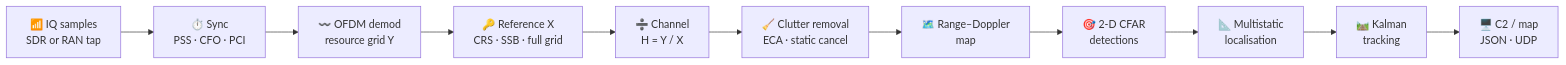
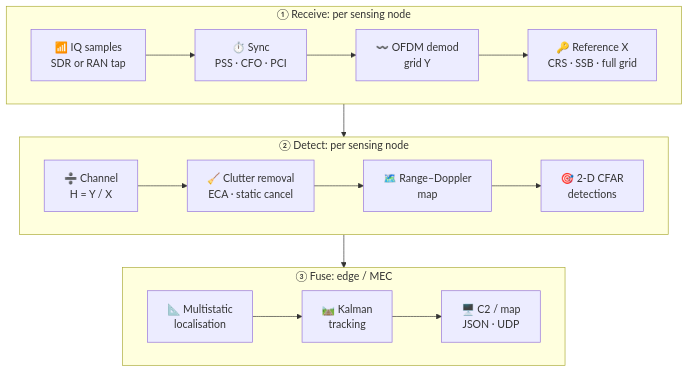
One commit to ajisrawi/isac-counter-drone changed the first of 3 diagrams in README.md. Above: the diagram before and after it, drawn with Mermaid.

Commit message:
README: reflow signal-chain diagram into three readable stages

````diff
--- a/README.md
+++ b/README.md
@@ -55,13 +55,16 @@
 ```mermaid
-flowchart LR
-    A["📶 IQ samples<br/>SDR or RAN tap"] --> B["⏱️ Sync<br/>PSS · CFO · PCI"]
-    B --> C["〰️ OFDM demod<br/>resource grid Y"]
-    C --> D["🔑 Reference X<br/>CRS · SSB · full grid"]
-    D --> E["➗ Channel<br/>H = Y / X"]
-    E --> F["🧹 Clutter removal<br/>ECA · static cancel"]
-    F --> G["🗺️ Range–Doppler<br/>map"]
-    G --> H["🎯 2-D CFAR<br/>detections"]
-    H --> I["📐 Multistatic<br/>localisation"]
-    I --> J["🛤️ Kalman<br/>tracking"]
-    J --> K["🖥️ C2 / map<br/>JSON · UDP"]
+flowchart TB
+    subgraph S1["① Receive: per sensing node"]
+        direction LR
+        A["📶 IQ samples<br/>SDR or RAN tap"] --> B["⏱️ Sync<br/>PSS · CFO · PCI"] --> C["〰️ OFDM demod<br/>grid Y"] --> D["🔑 Reference X<br/>CRS · SSB · full grid"]
+    end
+    subgraph S2["② Detect: per sensing node"]
+        direction LR
+        E["➗ Channel<br/>H = Y / X"] --> F["🧹 Clutter removal<br/>ECA · static cancel"] --> G["🗺️ Range–Doppler<br/>map"] --> H["🎯 2-D CFAR<br/>detections"]
+    end
+    subgraph S3["③ Fuse: edge / MEC"]
+        direction LR
+        I["📐 Multistatic<br/>localisation"] --> J["🛤️ Kalman<br/>tracking"] --> K["🖥️ C2 / map<br/>JSON · UDP"]
+    end
+    S1 --> S2 --> S3
 ```
````
